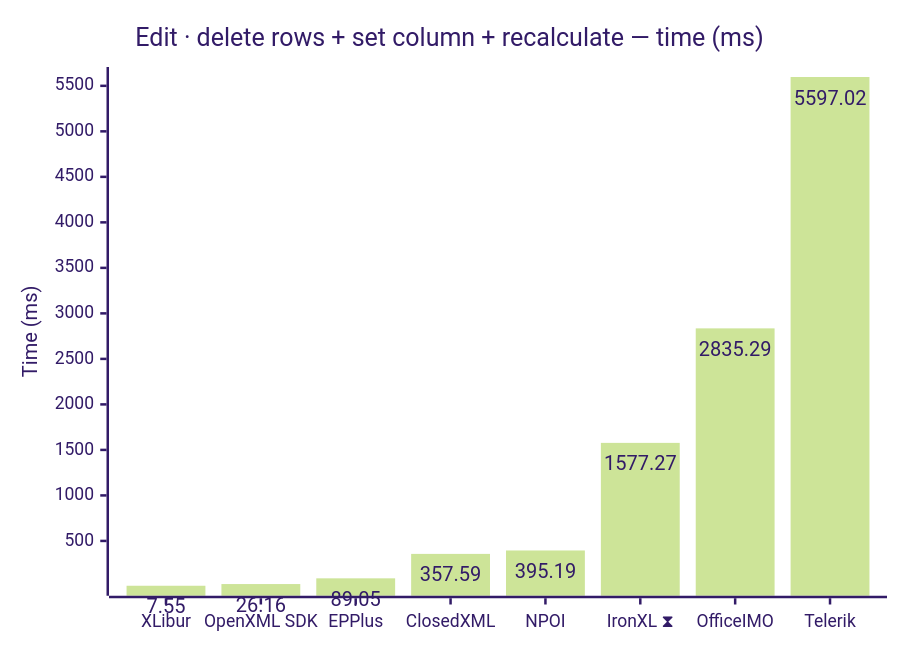
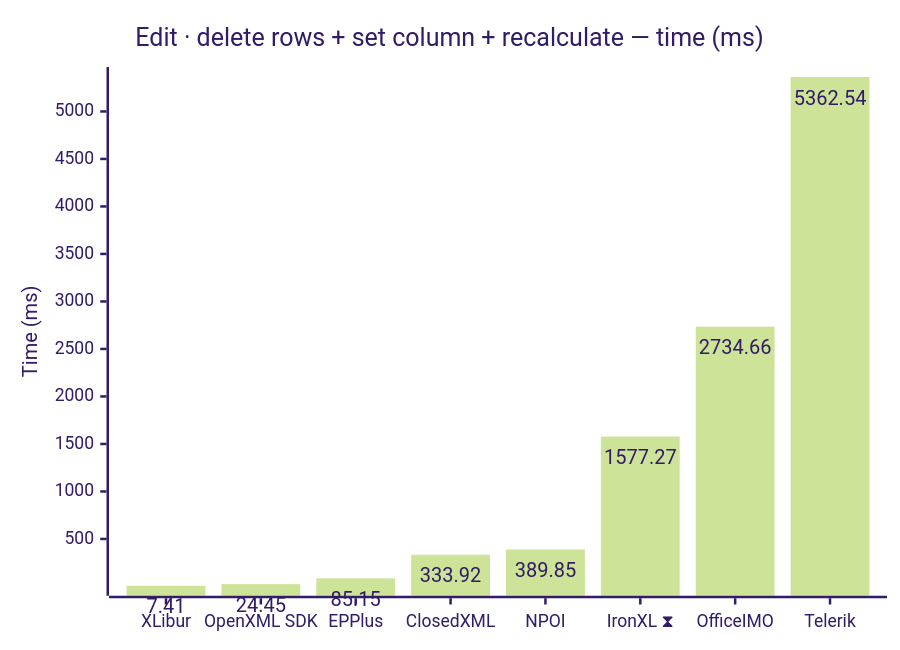
Before and after one commit to jafin/XLBench: diagram 11 of 18 in docs/results.md, drawn with Mermaid (forest theme). The commit also changed other lines of this file and 5 other files, not shown here.

````diff
--- a/docs/results.md
+++ b/docs/results.md
@@ -172,12 +172,12 @@
 ```mermaid
 ---
 config:
   xyChart:
     showDataLabel: true
 ---
 xychart-beta
     title "Edit · delete rows + set column + recalculate — time (ms)"
     x-axis ["XLibur", "OpenXML SDK", "EPPlus", "ClosedXML", "NPOI", "IronXL ⧗", "OfficeIMO", "Telerik"]
     y-axis "Time (ms)"
-    bar [7.55, 26.16, 89.05, 357.59, 395.19, 1577.27, 2835.29, 5597.02]
+    bar [7.41, 24.45, 85.15, 333.92, 389.85, 1577.27, 2734.66, 5362.54]
 ```
````
